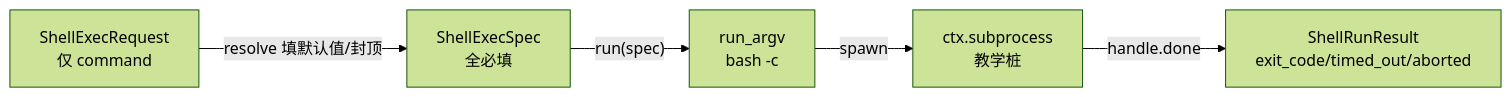
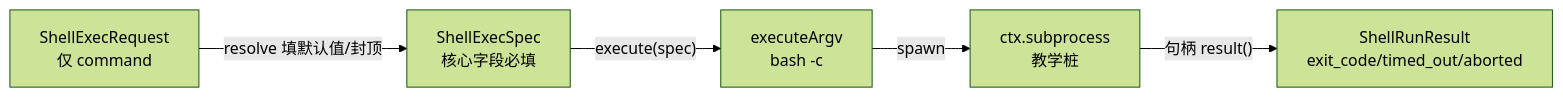
One commit to ChenYu1991ppak/deepseek-harness-anatomy changed the second of 2 diagrams in ch05/ch05-capability-seam-triple-role_zh.md. Above: the diagram before and after it, drawn with Mermaid (forest theme). The commit also changed other lines of this file and 124 other files, not shown here.

````diff
--- a/ch05/ch05-capability-seam-triple-role_zh.md
+++ b/ch05/ch05-capability-seam-triple-role_zh.md
@@ -191,7 +195,7 @@
 ```mermaid
 flowchart LR
-    A[ShellExecRequest<br/>仅 command] -->|"resolve 填默认值/封顶"| B[ShellExecSpec<br/>全必填]
-    B -->|"run(spec)"| C[run_argv<br/>bash -c]
+    A[ShellExecRequest<br/>仅 command] -->|"resolve 填默认值/封顶"| B[ShellExecSpec<br/>核心字段必填]
+    B -->|"execute(spec)"| C[executeArgv<br/>bash -c]
     C -->|"spawn"| D[ctx.subprocess<br/>教学桩]
-    D -->|"handle.done"| E[ShellRunResult<br/>exit_code/timed_out/aborted]
+    D -->|"句柄 result()"| E[ShellRunResult<br/>exit_code/timed_out/aborted]
 ```
````
